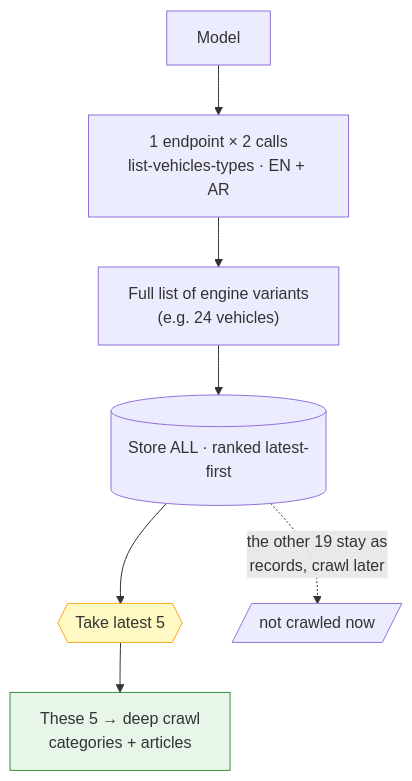
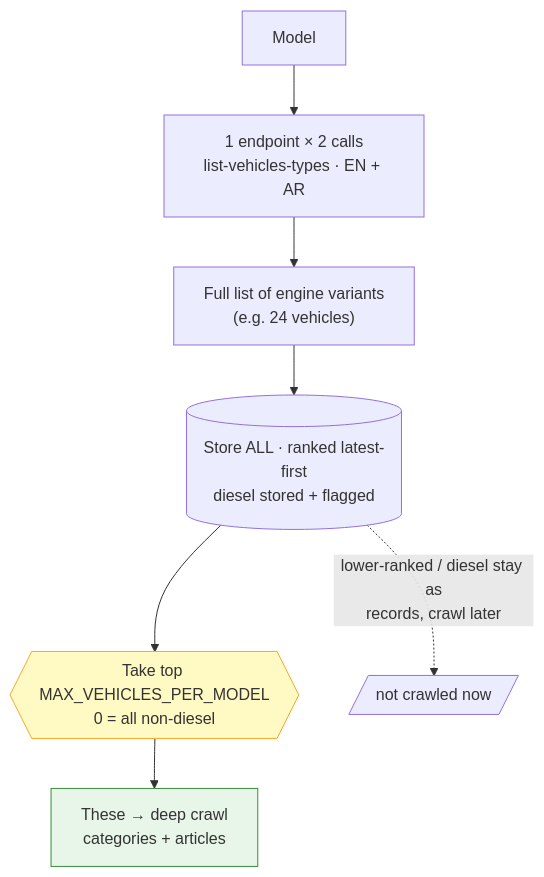
The third of 7 diagrams in DUMP_FLOW.md (VivekGits7/rapidapi-script), drawn with Mermaid before and after one commit. The commit also changed other lines of this file and 11 other files, not shown here.

Commit message:
refactor dumper traversal: slim targets table, crawl-mode selection, diesel flag, category backfill

````diff
--- a/DUMP_FLOW.md
+++ b/DUMP_FLOW.md
@@ -231,11 +251,11 @@
 ```mermaid
 flowchart TD
     M[Model] --> C["1 endpoint × 2 calls<br/>list-vehicles-types · EN + AR"]
     C --> ALL["Full list of engine variants<br/>(e.g. 24 vehicles)"]
-    ALL --> STORE[(Store ALL · ranked latest-first)]
-    STORE --> TOP{{Take latest 5}}
-    TOP --> DEEP[These 5 → deep crawl<br/>categories + articles]
-    STORE -.->|the other 19 stay as<br/>records, crawl later| LATER[/not crawled now/]
+    ALL --> STORE[(Store ALL · ranked latest-first<br/>diesel stored + flagged)]
+    STORE --> TOP{{Take top MAX_VEHICLES_PER_MODEL<br/>0 = all non-diesel}}
+    TOP --> DEEP[These → deep crawl<br/>categories + articles]
+    STORE -.->|lower-ranked / diesel stay as<br/>records, crawl later| LATER[/not crawled now/]
     style TOP fill:#fff9c4,stroke:#f9a825
     style DEEP fill:#e8f5e9,stroke:#388e3c
 ```
````
